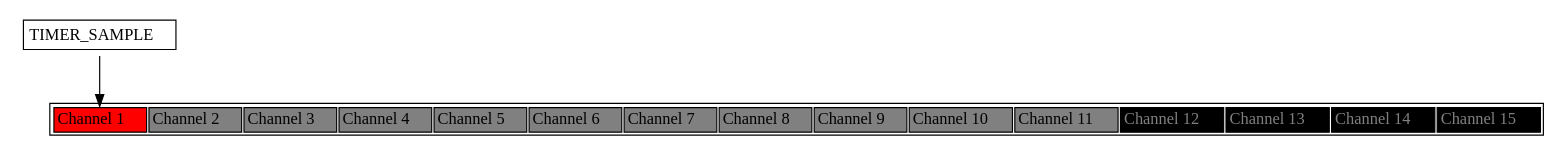
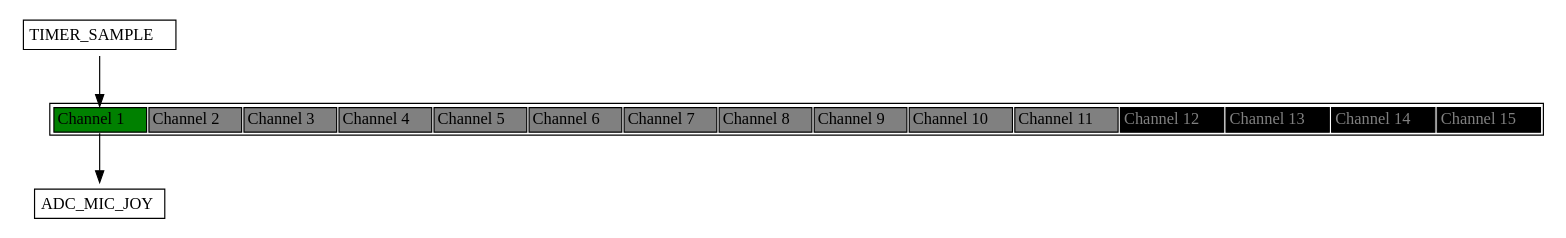
One commit to obsfeil/Motion_Music_Studio changed the diagram in Debug/Event.dot. Above: the diagram before and after it, drawn with Graphviz. The commit also changed 10 other files, not shown here.

```diff
--- a/Debug/Event.dot
+++ b/Debug/Event.dot
@@ -1,39 +1,47 @@
 
 
 digraph H {
 
   parent [
    shape=plaintext
    label=<
      <table border='1' cellborder='1'>
        <tr>
-            <td bgcolor="red" port='chan_1'>Channel 1</td>
+            <td bgcolor="green" port='chan_1'>Channel 1</td>
             <td bgcolor="grey" port='chan_2'>Channel 2</td>
             <td bgcolor="grey" port='chan_3'>Channel 3</td>
             <td bgcolor="grey" port='chan_4'>Channel 4</td>
             <td bgcolor="grey" port='chan_5'>Channel 5</td>
             <td bgcolor="grey" port='chan_6'>Channel 6</td>
             <td bgcolor="grey" port='chan_7'>Channel 7</td>
             <td bgcolor="grey" port='chan_8'>Channel 8</td>
             <td bgcolor="grey" port='chan_9'>Channel 9</td>
             <td bgcolor="grey" port='chan_10'>Channel 10</td>
             <td bgcolor="grey" port='chan_11'>Channel 11</td>
             <td bgcolor="black" port='chan_12'><font color="grey">Channel 12</font></td>
             <td bgcolor="black" port='chan_13'><font color="grey">Channel 13</font></td>
             <td bgcolor="black" port='chan_14'><font color="grey">Channel 14</font></td>
             <td bgcolor="black" port='chan_15'><font color="grey">Channel 15</font></td>
          </tr>
      </table>
   >];
 
 pub_chan_1 [
     shape=plaintext
     label=<
     <table border='1'  cellborder='0'>
       <tr><td>TIMER_SAMPLE</td></tr>
     </table>
     >];
 pub_chan_1 -> parent: chan_1;
 
+sub_chan_1_0 [
+  shape=plaintext
+  label=<
+    <table border='1'  cellborder='0'>
+      <tr><td>ADC_MIC_JOY</td></tr>
+    </table>
+  >];
+parent: chan_1 -> sub_chan_1_0;
 
 }
```
